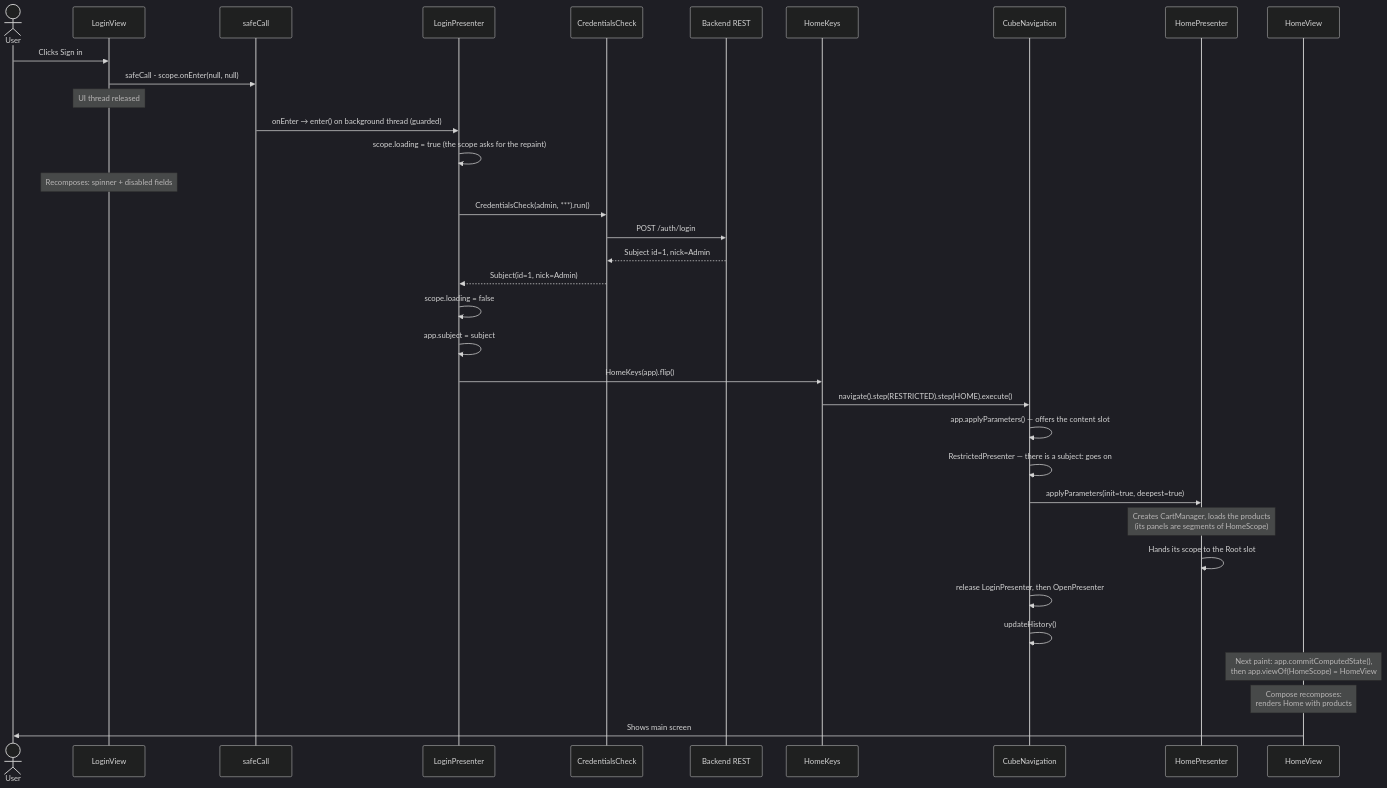
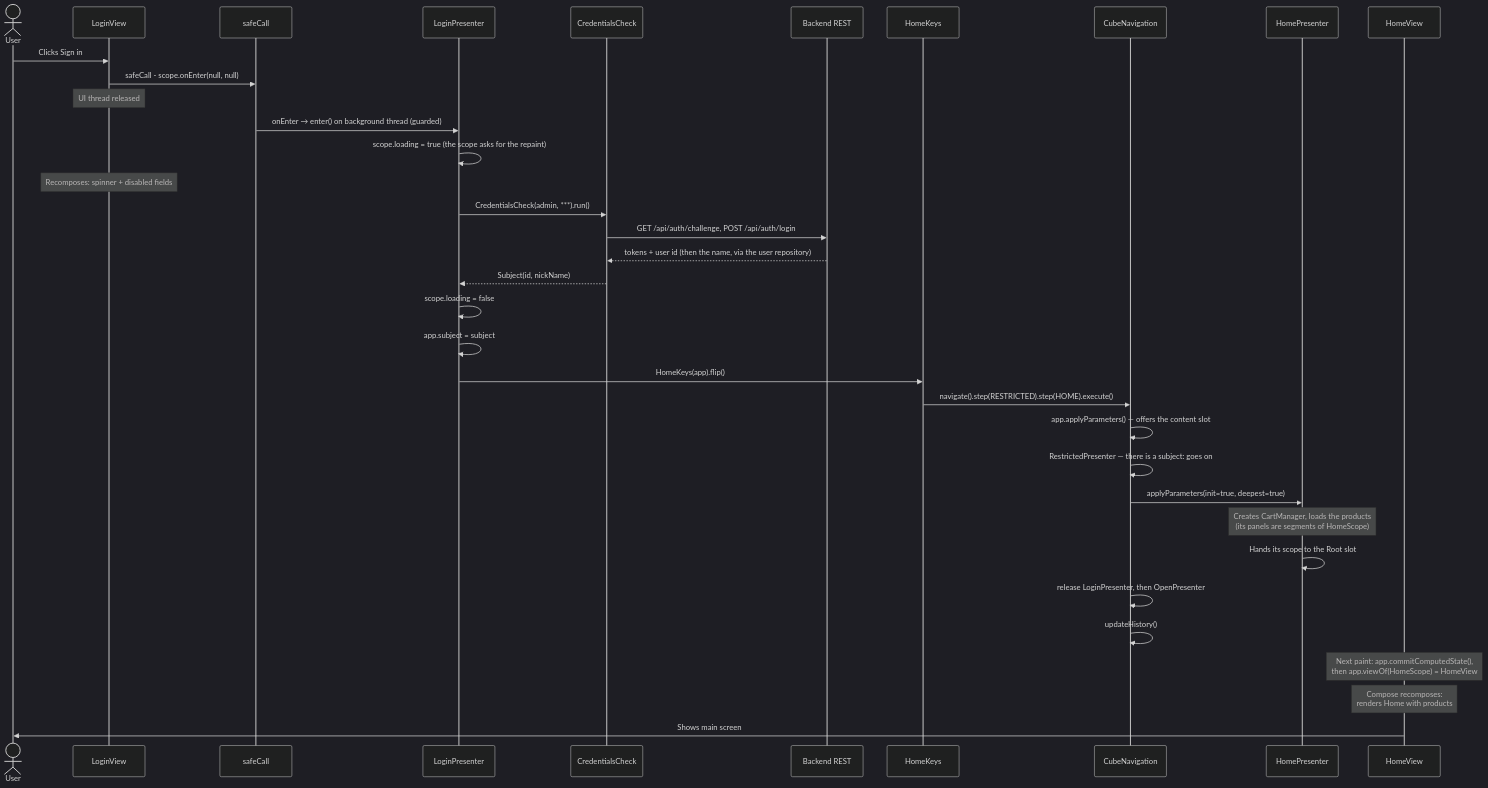
Before and after one commit to mrcdom/wdc-cube-kotlin: the tenth of 10 diagrams in docs/architecture.md, drawn with Mermaid (dark theme). The commit also changed other lines of this file and 35 other files, not shown here.

````diff
--- a/docs/architecture.md
+++ b/docs/architecture.md
@@ -544,45 +545,45 @@
 ```mermaid
 sequenceDiagram
     actor User as User
     participant LV as LoginView
     participant SC as safeCall
     participant LP as LoginPresenter
     participant LS as CredentialsCheck
     participant API as Backend REST
     participant Keys as HomeKeys
     participant Nav as CubeNavigation
     participant HP as HomePresenter
     participant HV as HomeView
 
     User->>LV: Clicks Sign in
     LV->>SC: safeCall - scope.onEnter(null, null)
     Note over LV: UI thread released
 
     SC->>LP: onEnter → enter() on background thread (guarded)
     LP->>LP: scope.loading = true (the scope asks for the repaint)
     Note over LV: Recomposes: spinner + disabled fields
 
     LP->>LS: CredentialsCheck(admin, ***).run()
-    LS->>API: POST /auth/login
-    API-->>LS: Subject id=1, nick=Admin
-    LS-->>LP: Subject(id=1, nick=Admin)
+    LS->>API: GET /api/auth/challenge, POST /api/auth/login
+    API-->>LS: tokens + user id (then the name, via the user repository)
+    LS-->>LP: Subject(id, nickName)
 
     LP->>LP: scope.loading = false
     LP->>LP: app.subject = subject
 
     LP->>Keys: HomeKeys(app).flip()
     Keys->>Nav: navigate().step(RESTRICTED).step(HOME).execute()
 
     Nav->>Nav: app.applyParameters() — offers the content slot
     Nav->>Nav: RestrictedPresenter — there is a subject: goes on
     Nav->>HP: applyParameters(init=true, deepest=true)
     Note over HP: Creates CartManager, loads the products<br/>(its panels are segments of HomeScope)
     HP->>HP: Hands its scope to the Root slot
 
     Nav->>Nav: release LoginPresenter, then OpenPresenter
     Nav->>Nav: updateHistory()
     Note over HV: Next paint: app.commitComputedState(),<br/>then app.viewOf(HomeScope) = HomeView
 
     Note over HV: Compose recomposes:<br/>renders Home with products
     HV->>User: Shows main screen
 ```
````
